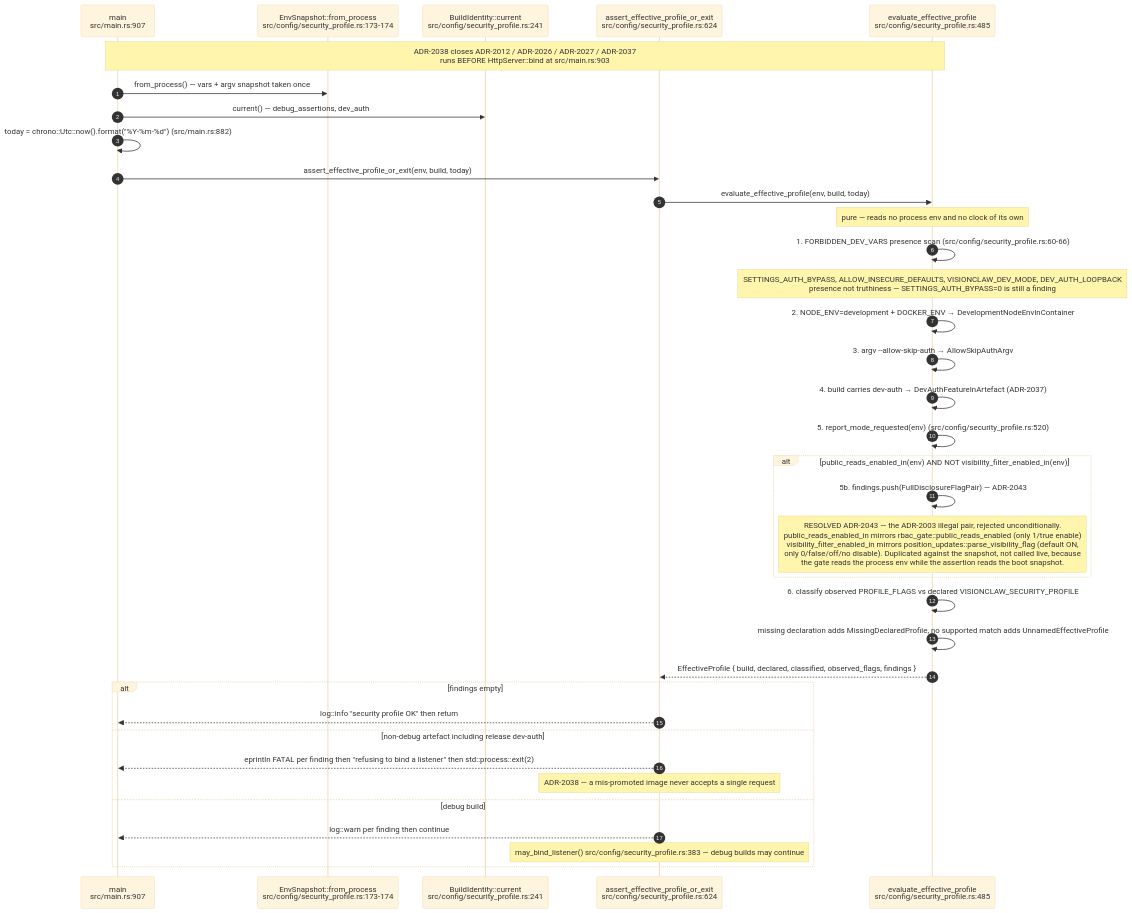
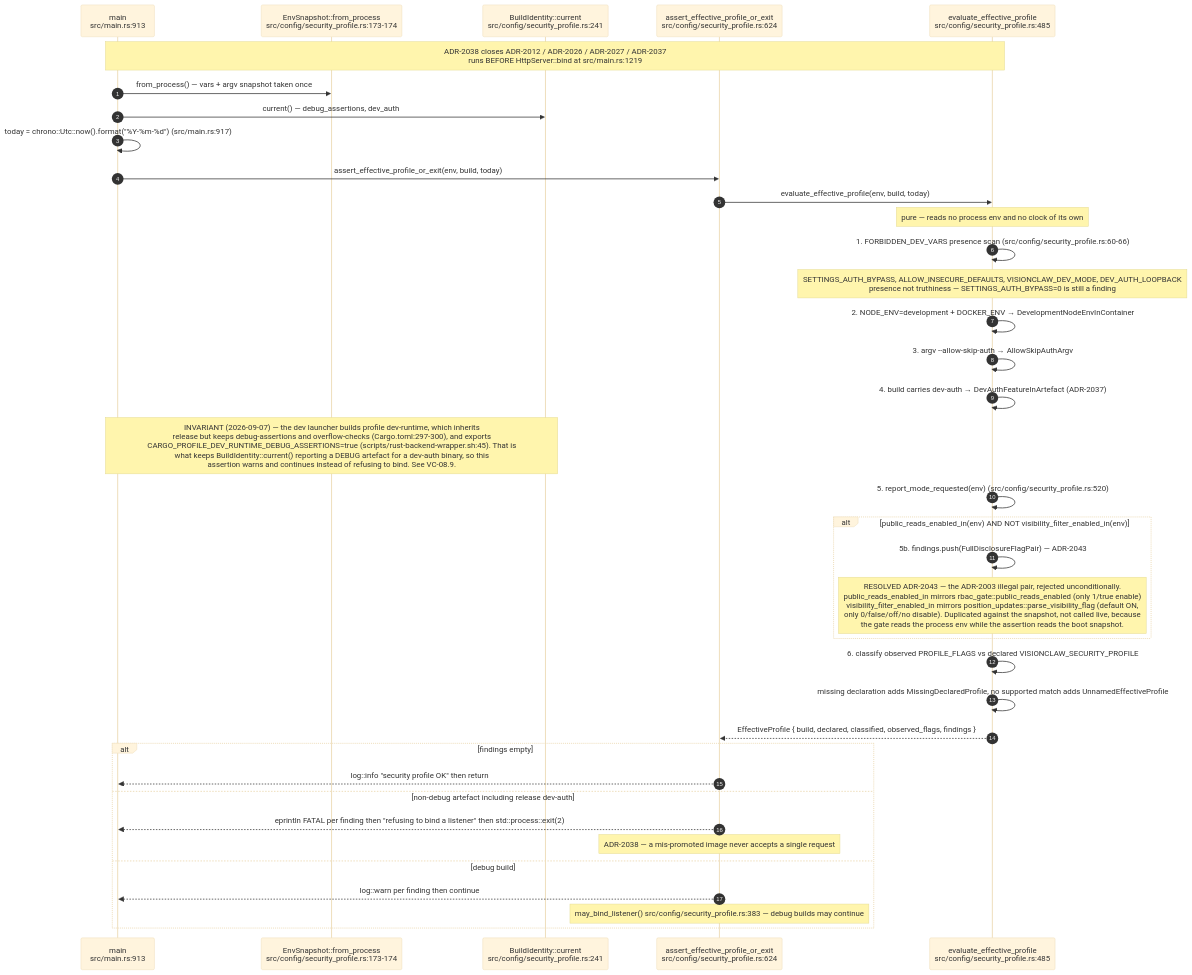
One commit to DreamLab-AI/VisionFlow changed the fourth of 15 diagrams in docs/diagrams/visionclaw/09-config-and-env-flags.md. Above: the diagram before and after it, drawn with Mermaid (base theme). The commit also changed other lines of this file and 32 other files, not shown here.

````diff
--- a/docs/diagrams/visionclaw/09-config-and-env-flags.md
+++ b/docs/diagrams/visionclaw/09-config-and-env-flags.md
@@ -184,39 +186,40 @@
 ```mermaid
 sequenceDiagram
     autonumber
-    participant M as main<br/>src/main.rs:907
+    participant M as main<br/>src/main.rs:913
     participant E as EnvSnapshot::from_process<br/>src/config/security_profile.rs:173-174
     participant BI as BuildIdentity::current<br/>src/config/security_profile.rs:241
     participant A as assert_effective_profile_or_exit<br/>src/config/security_profile.rs:624
     participant V as evaluate_effective_profile<br/>src/config/security_profile.rs:485
 
-    Note over M,V: ADR-2038 closes ADR-2012 / ADR-2026 / ADR-2027 / ADR-2037<br/>runs BEFORE HttpServer::bind at src/main.rs:903
+    Note over M,V: ADR-2038 closes ADR-2012 / ADR-2026 / ADR-2027 / ADR-2037<br/>runs BEFORE HttpServer::bind at src/main.rs:1219
     M->>E: from_process() — vars + argv snapshot taken once
     M->>BI: current() — debug_assertions, dev_auth
-    M->>M: today = chrono::Utc::now().format("%Y-%m-%d") (src/main.rs:882)
+    M->>M: today = chrono::Utc::now().format("%Y-%m-%d") (src/main.rs:917)
     M->>A: assert_effective_profile_or_exit(env, build, today)
     A->>V: evaluate_effective_profile(env, build, today)
     Note over V: pure — reads no process env and no clock of its own
     V->>V: 1. FORBIDDEN_DEV_VARS presence scan (src/config/security_profile.rs:60-66)
     Note over V: SETTINGS_AUTH_BYPASS, ALLOW_INSECURE_DEFAULTS, VISIONCLAW_DEV_MODE, DEV_AUTH_LOOPBACK<br/>presence not truthiness — SETTINGS_AUTH_BYPASS=0 is still a finding
     V->>V: 2. NODE_ENV=development + DOCKER_ENV → DevelopmentNodeEnvInContainer
     V->>V: 3. argv --allow-skip-auth → AllowSkipAuthArgv
     V->>V: 4. build carries dev-auth → DevAuthFeatureInArtefact (ADR-2037)
+    Note over M,BI: INVARIANT (2026-09-07) — the dev launcher builds profile dev-runtime, which inherits<br/>release but keeps debug-assertions and overflow-checks (Cargo.toml:297-300), and exports<br/>CARGO_PROFILE_DEV_RUNTIME_DEBUG_ASSERTIONS=true (scripts/rust-backend-wrapper.sh:45). That is<br/>what keeps BuildIdentity::current() reporting a DEBUG artefact for a dev-auth binary, so this<br/>assertion warns and continues instead of refusing to bind. See VC-08.9.
     V->>V: 5. report_mode_requested(env) (src/config/security_profile.rs:520)
     alt public_reads_enabled_in(env) AND NOT visibility_filter_enabled_in(env)
         V->>V: 5b. findings.push(FullDisclosureFlagPair) — ADR-2043
         Note over V: RESOLVED ADR-2043 — the ADR-2003 illegal pair, rejected unconditionally.<br/>public_reads_enabled_in mirrors rbac_gate::public_reads_enabled (only 1/true enable)<br/>visibility_filter_enabled_in mirrors position_updates::parse_visibility_flag (default ON,<br/>only 0/false/off/no disable). Duplicated against the snapshot, not called live, because<br/>the gate reads the process env while the assertion reads the boot snapshot.
     end
     V->>V: 6. classify observed PROFILE_FLAGS vs declared VISIONCLAW_SECURITY_PROFILE
     V->>V: missing declaration adds MissingDeclaredProfile, no supported match adds UnnamedEffectiveProfile
     V-->>A: EffectiveProfile { build, declared, classified, observed_flags, findings }
     alt findings empty
         A-->>M: log::info "security profile OK" then return
     else non-debug artefact including release dev-auth
         A-->>M: eprintln FATAL per finding then "refusing to bind a listener" then std::process::exit(2)
         Note over A: ADR-2038 — a mis-promoted image never accepts a single request
     else debug build
         A-->>M: log::warn per finding then continue
         Note over A: may_bind_listener() src/config/security_profile.rs:383 — debug builds may continue
     end
 ```
````
